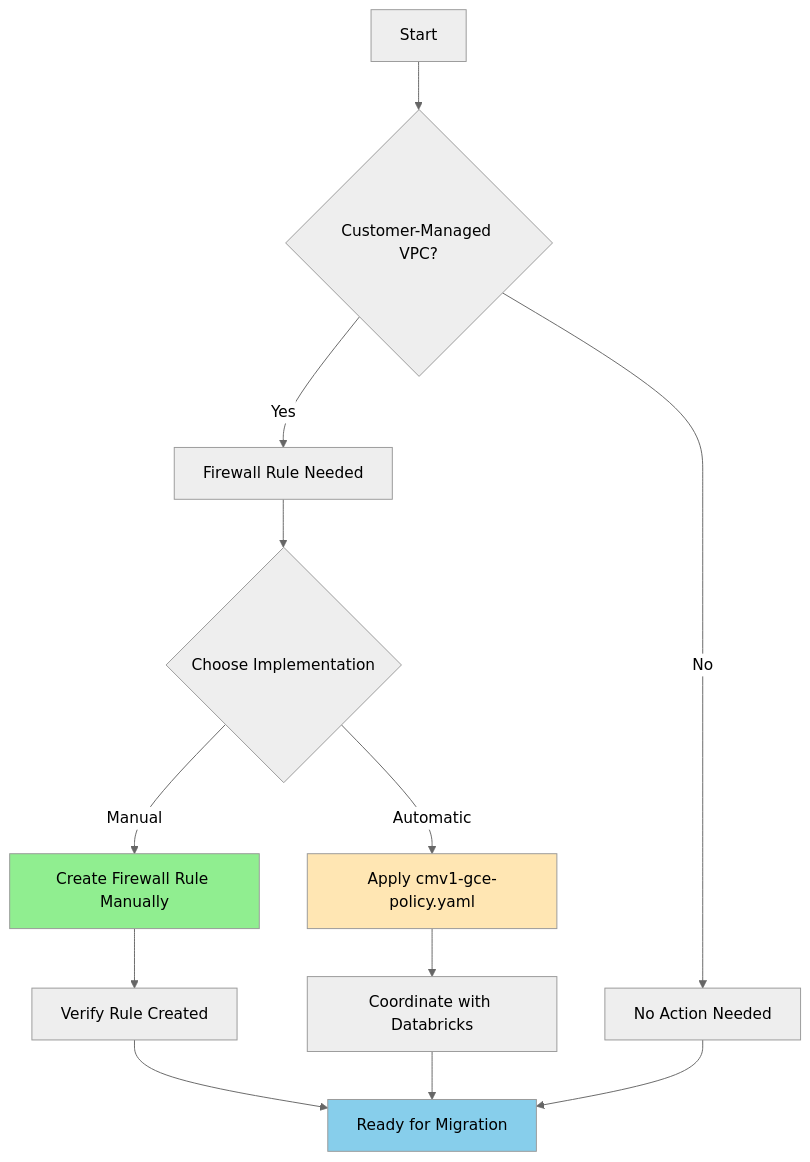
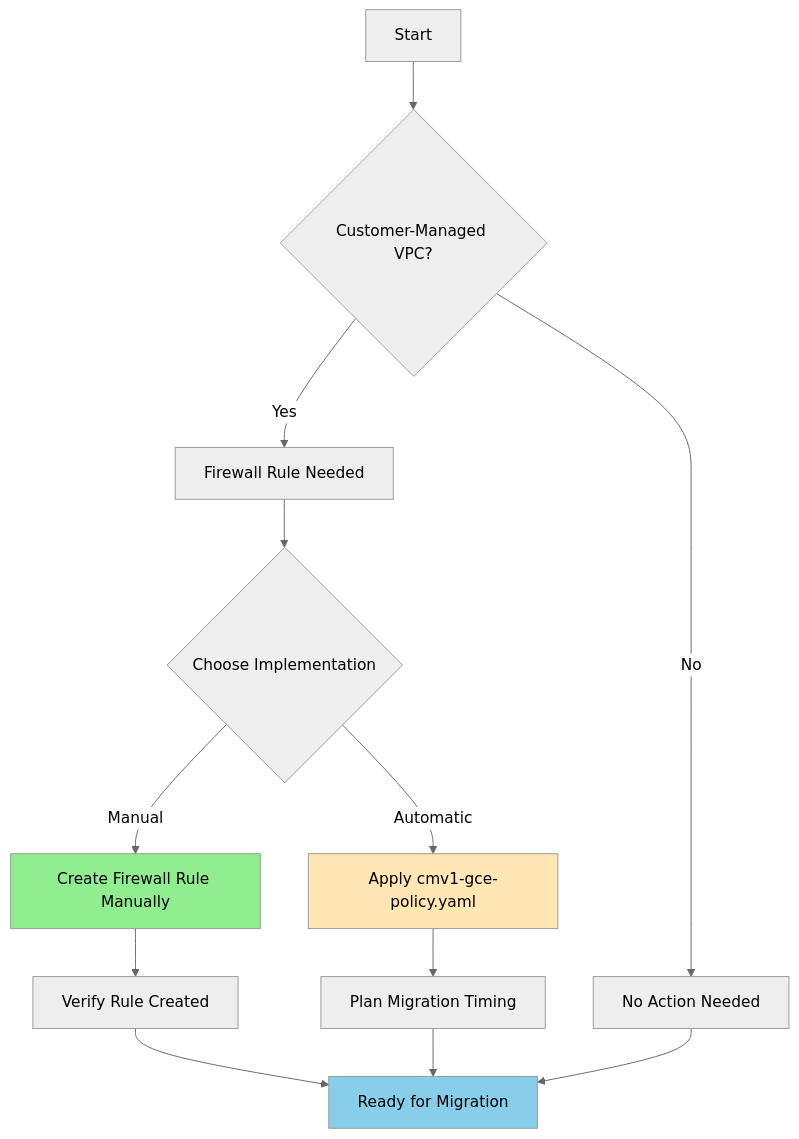
The diagram in gcpdb4u/templates/gce-migration/README.md (bhavink/databricks), drawn with Mermaid (neutral theme) before and after one commit. The commit also changed other lines of this file and 62 other files, not shown here.

````diff
--- a/gcpdb4u/templates/gce-migration/README.md
+++ b/gcpdb4u/templates/gce-migration/README.md
@@ -126,21 +126,21 @@
 ```mermaid
 graph TD
     A[Start] --> B{Customer-Managed VPC?}
     B -->|Yes| C[Firewall Rule Needed]
     B -->|No| D[No Action Needed]
 
     C --> E{Choose Implementation}
     E -->|Manual| F[Create Firewall Rule Manually]
     E -->|Automatic| G[Apply cmv1-gce-policy.yaml]
 
     F --> H[Verify Rule Created]
-    G --> I[Coordinate with Databricks]
+    G --> I[Plan Migration Timing]
 
     H --> J[Ready for Migration]
     I --> J
     D --> J
 
     style F fill:#90EE90
     style G fill:#FFE6B3
     style J fill:#87CEEB
 ```
````
